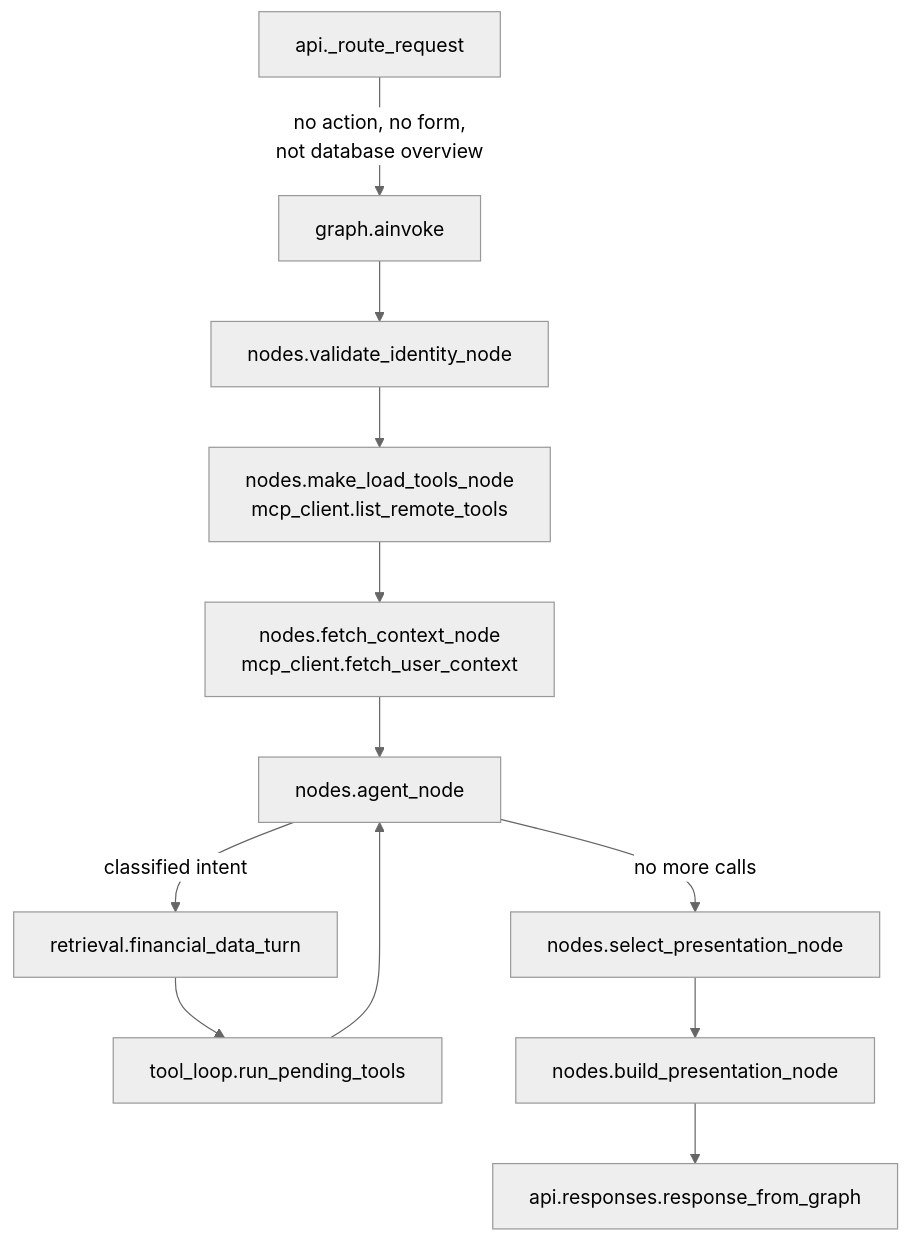
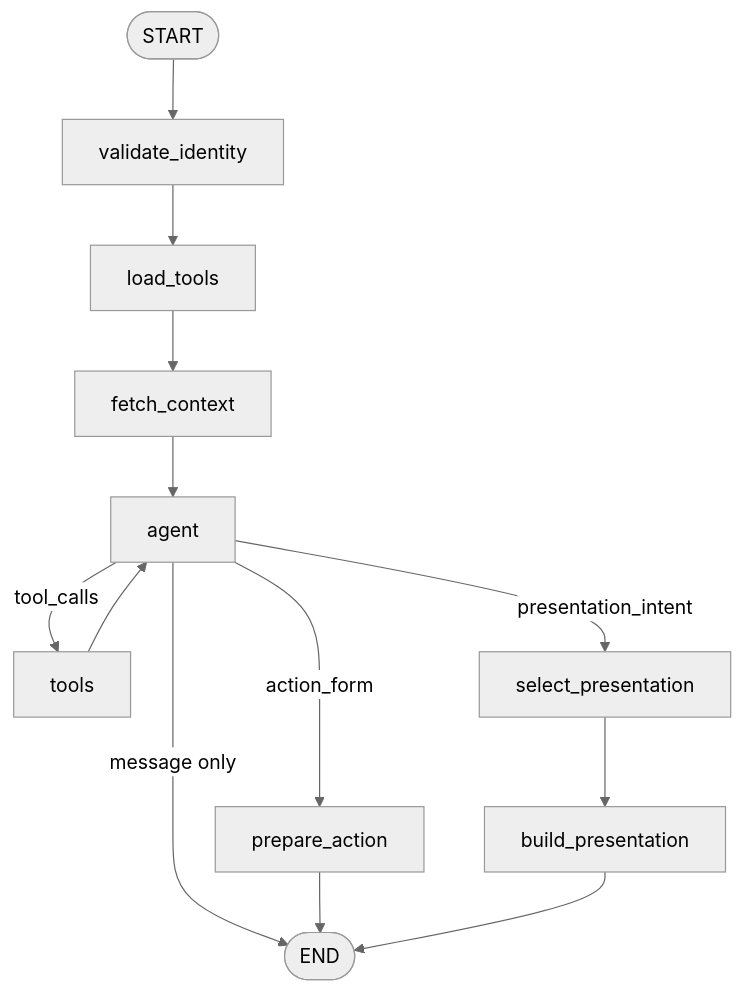
One commit to JpAboytes/hackmty2026-agent changed the first of 11 diagrams in docs/FLOWS.md. Above: the diagram before and after it, drawn with Mermaid (neutral theme). The commit also changed other lines of this file and 30 other files, not shown here.

First line of the commit message:
feat(agent): agentic graph, lifecycle events, model-selected actions

````diff
--- a/docs/FLOWS.md
+++ b/docs/FLOWS.md
@@ -27,14 +44,15 @@
 ```mermaid
 flowchart TD
-  A[api._route_request] -->|no action, no form,<br/>not database overview| B[graph.ainvoke]
-  B --> C[nodes.validate_identity_node]
-  C --> D[nodes.make_load_tools_node<br/>mcp_client.list_remote_tools]
-  D --> E[nodes.fetch_context_node<br/>mcp_client.fetch_user_context]
-  E --> F[nodes.agent_node]
-  F -->|classified intent| G[retrieval.financial_data_turn]
-  G --> H[tool_loop.run_pending_tools]
-  H --> F
-  F -->|no more calls| I[nodes.select_presentation_node]
-  I --> J[nodes.build_presentation_node]
-  J --> K[api.responses.response_from_graph]
+  S([START]) --> V[validate_identity]
+  V --> L[load_tools]
+  L --> F[fetch_context]
+  F --> A[agent]
+  A -->|tool_calls| T[tools]
+  T --> A
+  A -->|action_form| P[prepare_action]
+  A -->|presentation_intent| SP[select_presentation]
+  SP --> B[build_presentation]
+  A -->|message only| E([END])
+  P --> E
+  B --> E
 ```
````
